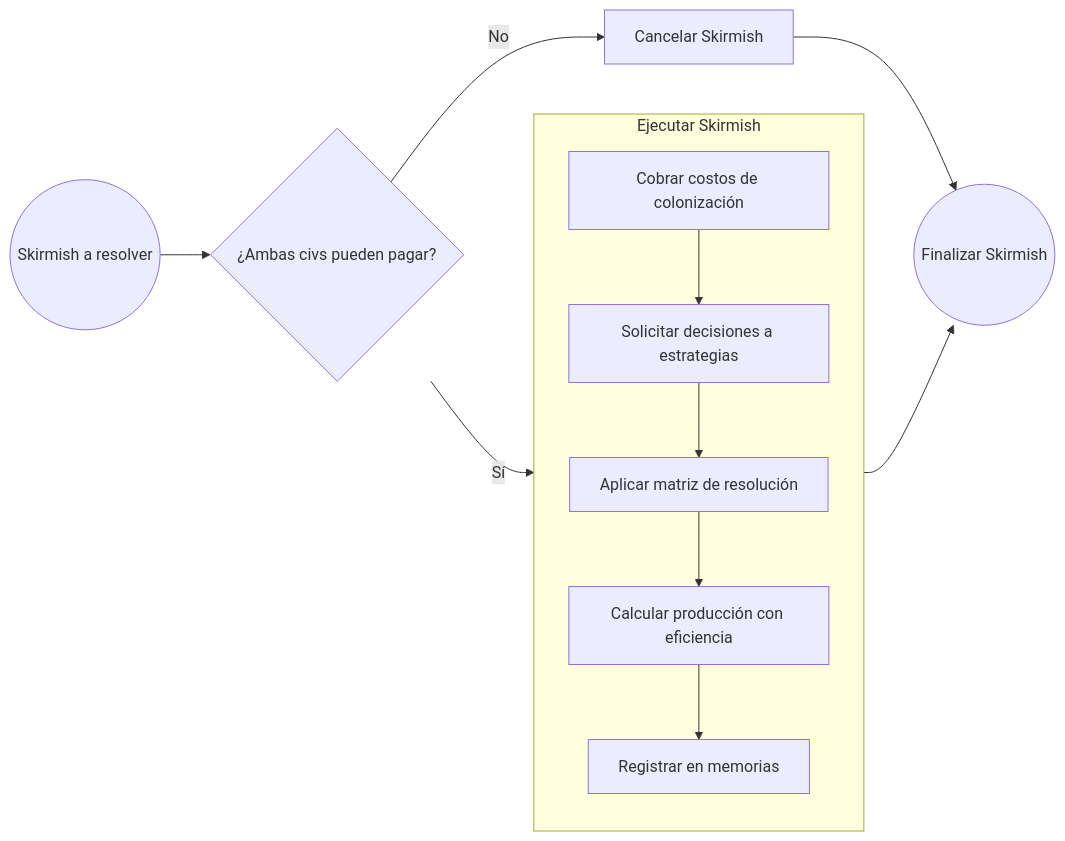
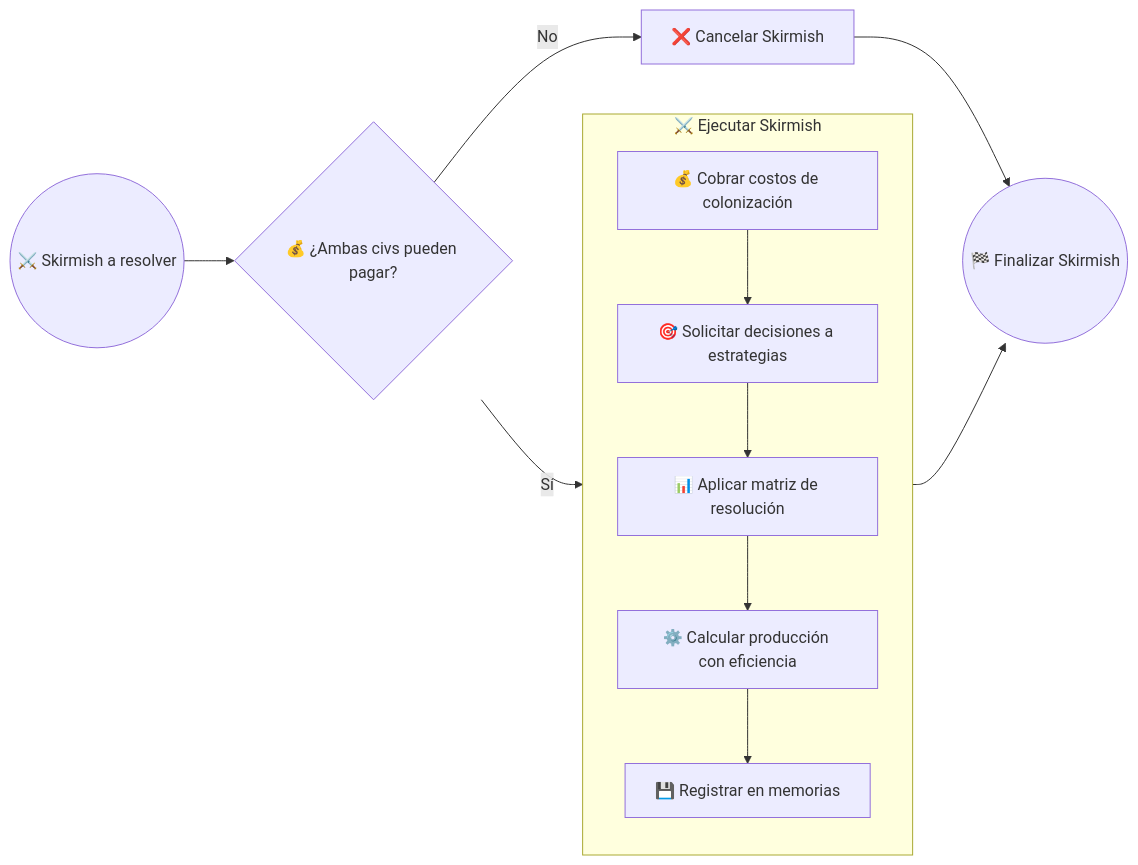
One commit to clujanp/interstellar-war-dilemma changed the fourth of 5 diagrams in domain_model.md. Above: the diagram before and after it, drawn with Mermaid. The commit also changed other lines of this file, not shown here.

Commit message:
doc: add emojis to diagrams

````diff
--- a/domain_model.md
+++ b/domain_model.md
@@ -276,15 +291,14 @@
 ```mermaid
 flowchart LR
-    A((Skirmish a resolver)) --> B{¿Ambas civs pueden pagar?}
-    B -->|No| C[Cancelar Skirmish] --> J
-    B -->|Sí| ProcesoSkirmish
-    subgraph ProcesoSkirmish [Ejecutar Skirmish]
+    A((⚔️ Skirmish a resolver)) --> B{💰 ¿Ambas civs pueden pagar?}
+    B -->|No| C[❌ Cancelar Skirmish] --> J
+    B -->|Sí| D[💰 Cobrar costos de colonización]
+    subgraph ProcesoSkirmish [⚔️ Ejecutar Skirmish]
       direction TB
-      D[Cobrar costos de colonización]
-      D --> E[Solicitar decisiones a estrategias]
-      E --> F[Aplicar matriz de resolución]
-      F --> G[Calcular producción con eficiencia]
-      G --> I[Registrar en memorias]
+      D --> E[🎯 Solicitar decisiones a estrategias]
+      E --> F[📊 Aplicar matriz de resolución]
+      F --> G[⚙️ Calcular producción con eficiencia]
+      G --> I[💾 Registrar en memorias]
     end
-    ProcesoSkirmish --> J((Finalizar Skirmish))
-```
+    I --> J((🏁 Finalizar Skirmish))
+``` 
````
